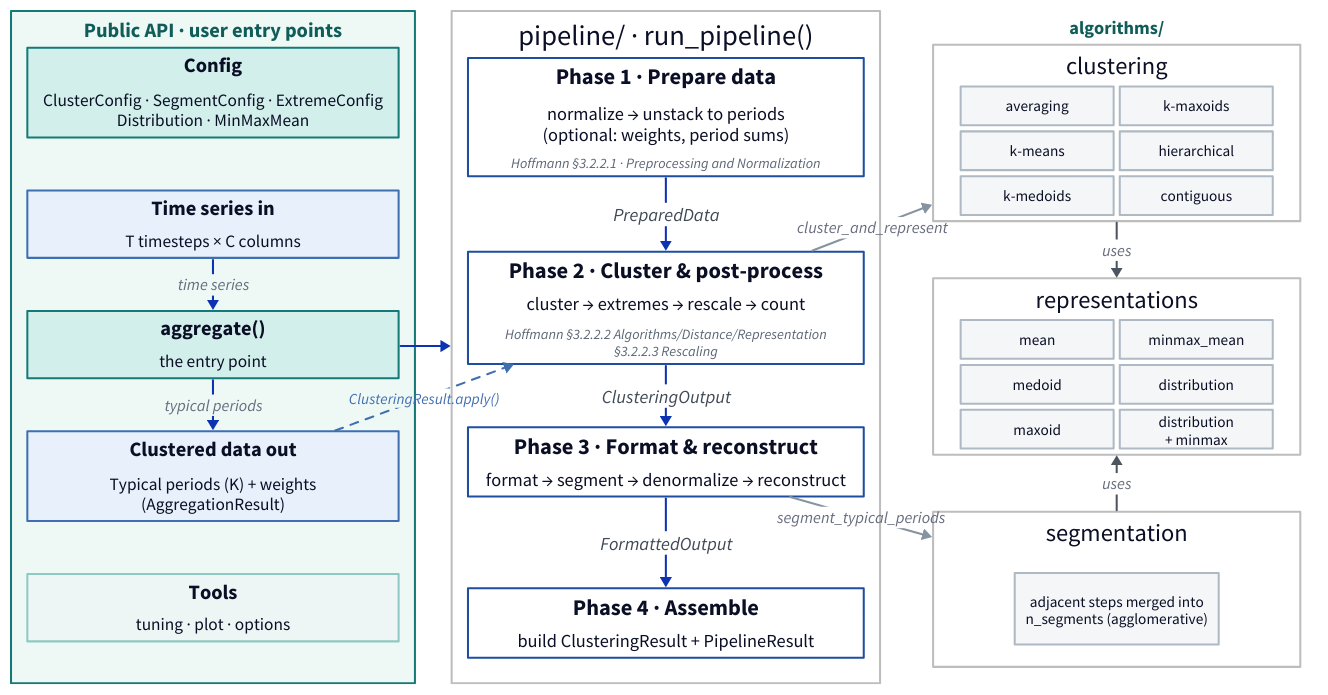
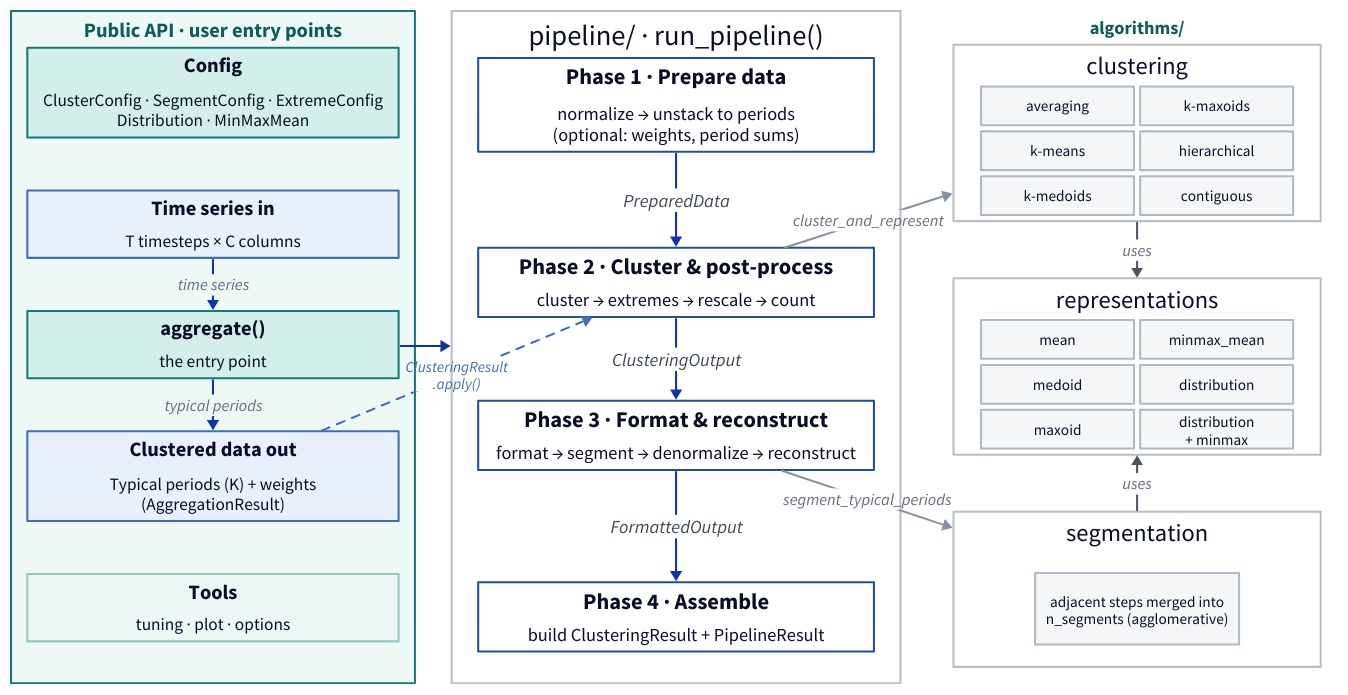
Before and after one commit to FZJ-IEK3-VSA/tsam: the diagram in docs/assets/architecture/pipeline_diagram.d2, drawn with D2. The commit also changed 51 other files, not shown here.

```diff
--- a/docs/assets/architecture/pipeline_diagram.d2
+++ b/docs/assets/architecture/pipeline_diagram.d2
@@ -1,199 +1,197 @@
 # Pipeline architecture diagram — user data flow (time series in -> aggregate()
 # -> clustered data out), the four-phase run_pipeline(), and the clustering /
 # representation / segmentation options. Compact and A4-printable. Regenerate:
 #   d2 pipeline_diagram.d2 pipeline_diagram.svg
 
 direction: down
 
 vars: {
   d2-config: { pad: 6 }
 }
 
 classes: {
   side: { style: { fill: transparent; stroke: "#bdbdbd" } }
   pad: { style: { fill: transparent; stroke: transparent } }
   # green wrapper around the whole public API column (the user's entry points)
   api_group: { style: { fill: "#eef9f6"; stroke: "#157a75"; stroke-width: 2; bold: true; font-size: 20; font-color: "#0f5c58" } }
   # first-class public API (aggregate + config + results): prominent teal
   public: { style: { fill: "#d3efec"; stroke: "#157a75"; stroke-width: 2; bold: false; font-size: 18 } }
   # secondary public tools: lighter teal
   tool: { style: { fill: "#eef6f5"; stroke: "#8fc9c3"; bold: false; font-size: 16 } }
   # user data (time series in / clustered data out) — blue, distinct from the API
   data: { style: { fill: "#e7f0fb"; stroke: "#3f6fb0"; stroke-width: 2 } }
   # public-box title (bold) + body (normal) sub-nodes — same split as the phases
   # (d2 can't bold only part of a single label without markdown, which drops the
   # fill/border); fixed width keeps every box equal width and the text centred.
   pub_title: { width: 360; height: 30; style: { fill: transparent; stroke: transparent; bold: true; font-size: 20 } }
   pub_body: { width: 360; height: 30; style: { fill: transparent; stroke: transparent; bold: false; font-size: 17 } }
   # phase container holds a bold title sub-node + a normal-weight body sub-node
   # (d2 cannot bold only part of a single label without markdown, which drops
   # the box border — so the two weights are two borderless sub-nodes).
   phase: { style: { fill: "#ffffff"; stroke: "#1f4ea1"; stroke-width: 2 } }
   # fixed widths so every phase box is the same width and the centered text
   # lands on the box centre (d2 left-aligns content when it stretches a narrower
   # sibling to match the widest one).
   phase_title: { width: 384; height: 32; style: { fill: transparent; stroke: transparent; bold: true; font-size: 22 } }
   phase_body: { width: 384; height: 30; style: { fill: transparent; stroke: transparent; bold: false; font-size: 18 } }
   # faint caption mapping a phase onto the review's feature-based-merging steps
   # (Hoffmann et al. 2020, §3.2.2) — see context.md "Methodological positioning".
   phase_tag: { width: 384; style: { fill: transparent; stroke: transparent; bold: false; italic: true; font-size: 14; font-color: "#5a6675" } }
   # individual option chips — fixed width so all three groups are equal width
   opt: { width: 150; height: 38; style: { fill: "#f4f6f8"; stroke: "#aeb9c4"; bold: false; font-size: 15 } }
   conn: { style: { stroke: "#8693a0" } }
 }
 
 grid-columns: 3
 grid-gap: 36
 vertical-gap: 20
 
 # ── Left: public API (config → aggregate → results) + tools ────────────────
 # grid-gap doubles as the container's inner padding, so it is kept tiny (4) to
 # keep the outer boxes tight; the vertical spacing comes from transparent spacer
 # rows whose heights are tuned to fill the column to the tallest (right) one.
 lcol: "Public API · user entry points" {
   class: api_group
   grid-columns: 1
   grid-gap: 16
   cfg: "" {
     class: public
     grid-rows: 2
     grid-gap: 2
     title: "Config" { class: pub_title }
     body: "ClusterConfig · SegmentConfig · ExtremeConfig\nDistribution · MinMaxMean" { class: pub_body; height: 52 }
   }
   gap0: "" { class: pad; width: 10; height: 20 }
   ts: "" {
     class: data
     grid-rows: 2
     grid-gap: 2
     title: "Time series in" { class: pub_title }
     body: "T timesteps × C columns" { class: pub_body }
   }
   gapA: "" { class: pad; width: 10; height: 20 }
   api: "" {
     class: public
     grid-rows: 2
     grid-gap: 2
     title: "aggregate()" { class: pub_title }
     body: "the entry point" { class: pub_body }
   }
   gapB: "" { class: pad; width: 10; height: 20 }
   res: "" {
     class: data
     grid-rows: 2
     grid-gap: 2
     title: "Clustered data out" { class: pub_title }
     body: "Typical periods (K) + weights\n(AggregationResult)" { class: pub_body; height: 52 }
   }
   gapC: "" { class: pad; width: 10; height: 20 }
   tools: "" {
     class: tool
     grid-rows: 2
     grid-gap: 2
     title: "Tools" { class: pub_title }
     body: "tuning · plot · options" { class: pub_body }
   }
   ts -> api: "time series"
   api -> res: "typical periods"
 }
 
 # ── Center: the four phases (bold title + stage names) ─────────────────────
 pipeline: "pipeline/ · run_pipeline()" {
   class: side
   grid-columns: 1
-  grid-gap: 16
+  grid-gap: 26
 
   p1: "" {
     class: phase
     grid-rows: 3
     grid-gap: 2
     title: "Phase 1 · Prepare data" { class: phase_title }
     body: "normalize → unstack to periods\n(optional: weights, period sums)" { class: phase_body; height: 54 }
-    tag: "Hoffmann §3.2.2.1 · Preprocessing and Normalization" { class: phase_tag; height: 22 }
   }
   gap1: "" { class: pad; width: 10; height: 42 }
   p2: "" {
     class: phase
     grid-rows: 3
     grid-gap: 2
     title: "Phase 2 · Cluster & post-process" { class: phase_title }
     body: "cluster → extremes → rescale → count" { class: phase_body }
-    tag: "Hoffmann §3.2.2.2 Algorithms/Distance/Representation\n§3.2.2.3 Rescaling" { class: phase_tag; height: 40 }
   }
   gap2: "" { class: pad; width: 10; height: 30 }
   p3: "" {
     class: phase
     grid-rows: 2
     grid-gap: 2
     title: "Phase 3 · Format & reconstruct" { class: phase_title }
     body: "format → segment → denormalize → reconstruct" { class: phase_body }
   }
   gap3: "" { class: pad; width: 10; height: 58 }
   p4: "" {
     class: phase
     grid-rows: 2
     grid-gap: 2
     title: "Phase 4 · Assemble" { class: phase_title }
     body: "build ClusteringResult + PipelineResult" { class: phase_body }
   }
 
   p1 -> p2: "PreparedData" { style.font-size: 18; style.font-color: "#3f4a55" }
   p2 -> p3: "ClusteringOutput" { style.font-size: 18; style.font-color: "#3f4a55" }
   p3 -> p4: "FormattedOutput" { style.font-size: 18; style.font-color: "#3f4a55" }
 }
 
 # ── Right: algorithms/ — config-agnostic kernels the stages dispatch to ────
 rcol: "algorithms/" {
   class: pad
   style.font-size: 18
   style.font-color: "#0f5c58"
   style.bold: true
   grid-columns: 1
   grid-gap: 16
 
   clu_back: "clustering" {
     class: side
     width: 360
     grid-columns: 2
     grid-gap: 6
     m1: "averaging" { class: opt }
     m2: "k-means" { class: opt }
     m3: "k-medoids" { class: opt }
     m4: "k-maxoids" { class: opt }
     m5: "hierarchical" { class: opt }
     m6: "contiguous" { class: opt }
   }
 
   gapR1: "" { class: pad; width: 10; height: 24 }
   reps: "representations" {
     class: side
     width: 360
     grid-columns: 2
     grid-gap: 6
     r1: "mean" { class: opt }
     r2: "medoid" { class: opt }
     r3: "maxoid" { class: opt }
     r4: "minmax_mean" { class: opt }
     r5: "distribution" { class: opt }
     r6: "distribution\n+ minmax" { class: opt }
   }
 
   gapR2: "" { class: pad; width: 10; height: 24 }
   seg_back: "segmentation" {
     class: side
     width: 360
     height: 152
     grid-columns: 1
     s1: "adjacent steps merged into\nn_segments (agglomerative)" { class: opt; height: 70; width: 200 }
   }
 }
 
 # ── Edges ─────────────────────────────────────────────────────────────────
 lcol.api -> pipeline
 pipeline.p2 -> rcol.clu_back: "cluster_and_represent" { class: conn }
 pipeline.p3 -> rcol.seg_back: "segment_typical_periods" { class: conn }
 rcol.clu_back -> rcol.reps: "uses" { style: { stroke: "#4a5560"; stroke-width: 2 } }
 rcol.seg_back -> rcol.reps: "uses" { style: { stroke: "#4a5560"; stroke-width: 2 } }
 
 # transfer path: reuse a fitted clustering on new data (skips the clustering step)
-lcol.res -> pipeline.p2: "ClusteringResult.apply()" { style: { stroke-dash: 4; stroke: "#3f6fb0"; font-size: 15; font-color: "#3f6fb0" } }
+lcol.res -> pipeline.p2: "ClusteringResult\n.apply()" { style: { stroke-dash: 4; stroke: "#3f6fb0"; font-size: 15; font-color: "#3f6fb0" } }
```
